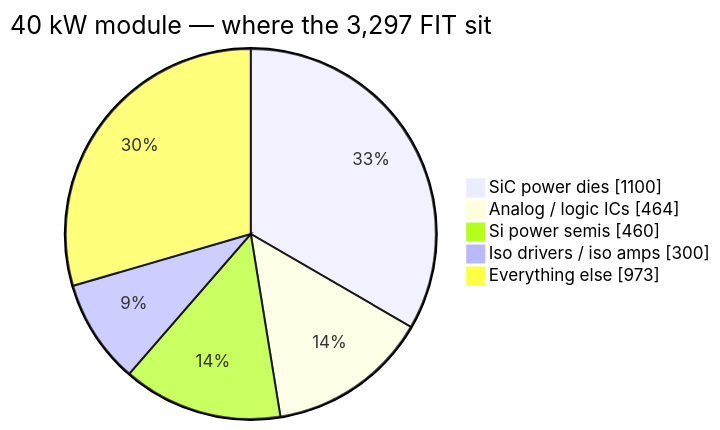
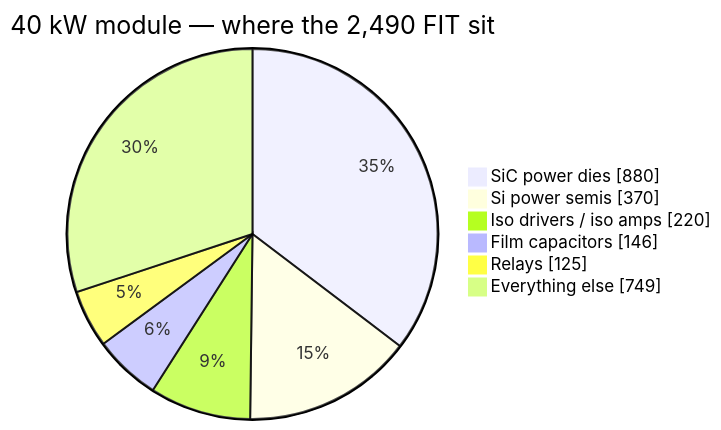
One commit to vectivolt/DC-Modules changed the diagram in docs/reliability-budget.md. Above: the diagram before and after it, drawn with Mermaid. The commit also changed other lines of this file and 121 other files, not shown here.

````diff
--- a/docs/reliability-budget.md
+++ b/docs/reliability-budget.md
@@ -54,9 +61,10 @@
 ```mermaid
 pie showData
-  title 40 kW module — where the 3,297 FIT sit
-  "SiC power dies" : 1100
-  "Analog / logic ICs" : 464
-  "Si power semis" : 460
-  "Iso drivers / iso amps" : 300
-  "Everything else" : 973
+  title 40 kW module — where the 2,490 FIT sit
+  "SiC power dies" : 880
+  "Si power semis" : 370
+  "Iso drivers / iso amps" : 220
+  "Film capacitors" : 146
+  "Relays" : 125
+  "Everything else" : 749
 ```
````
